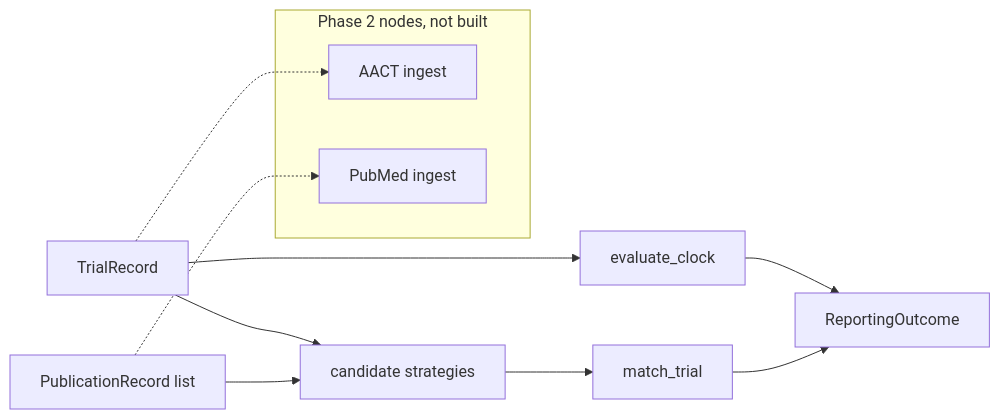
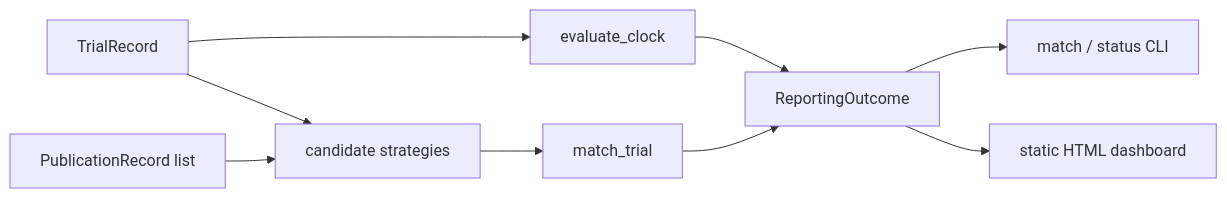
The diagram in README.md (TechieGoku2623/silent-trials), drawn with Mermaid before and after one commit. The commit also changed other lines of this file and 22 other files, not shown here.

First line of the commit message:
Phase 1-3: explainable match/status CLI, unmatched bounds, sample dashboard.

````diff
--- a/README.md
+++ b/README.md
@@ -151,15 +252,11 @@
 ```mermaid
 flowchart LR
     trial[TrialRecord] --> clock[evaluate_clock]
     trial --> cand[candidate strategies]
     pubs[PublicationRecord list] --> cand
     cand --> match[match_trial]
     clock --> out[ReportingOutcome]
     match --> out
-    subgraph later [Phase 2 nodes, not built]
-      aact[AACT ingest]
-      pubmed[PubMed ingest]
-    end
-    trial -.-> aact
-    pubs -.-> pubmed
+    out --> cli[match / status CLI]
+    out --> dash[static HTML dashboard]
 ```
````
